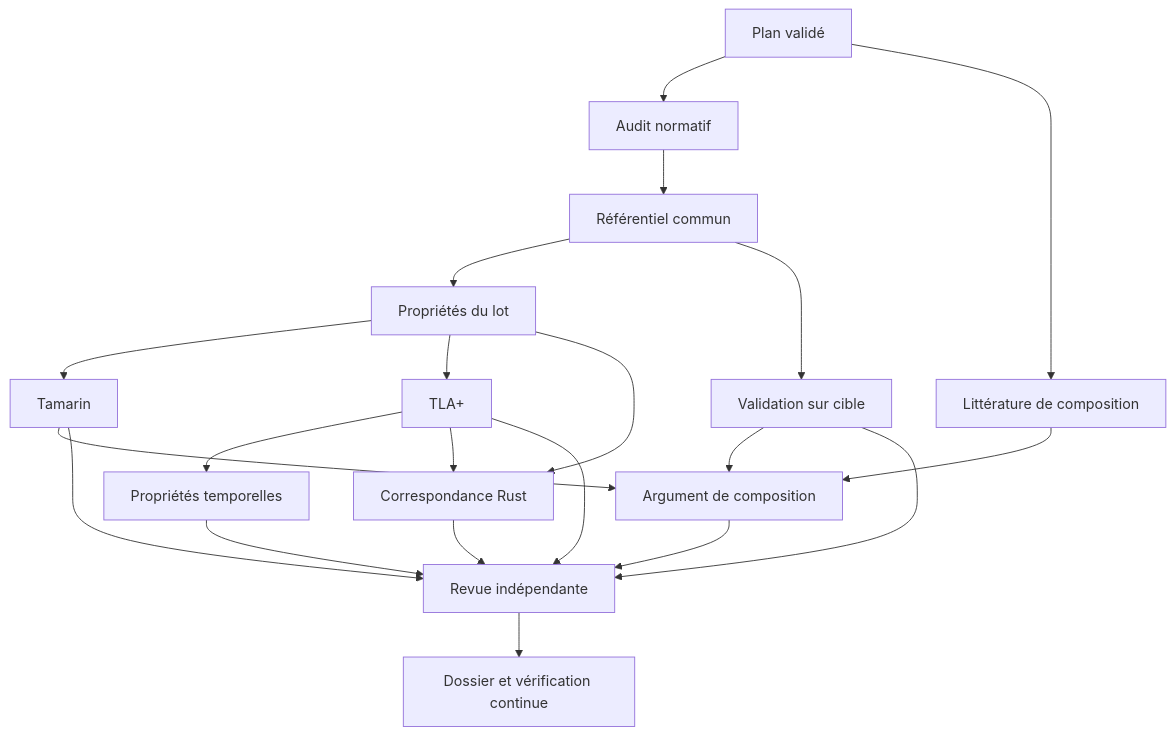
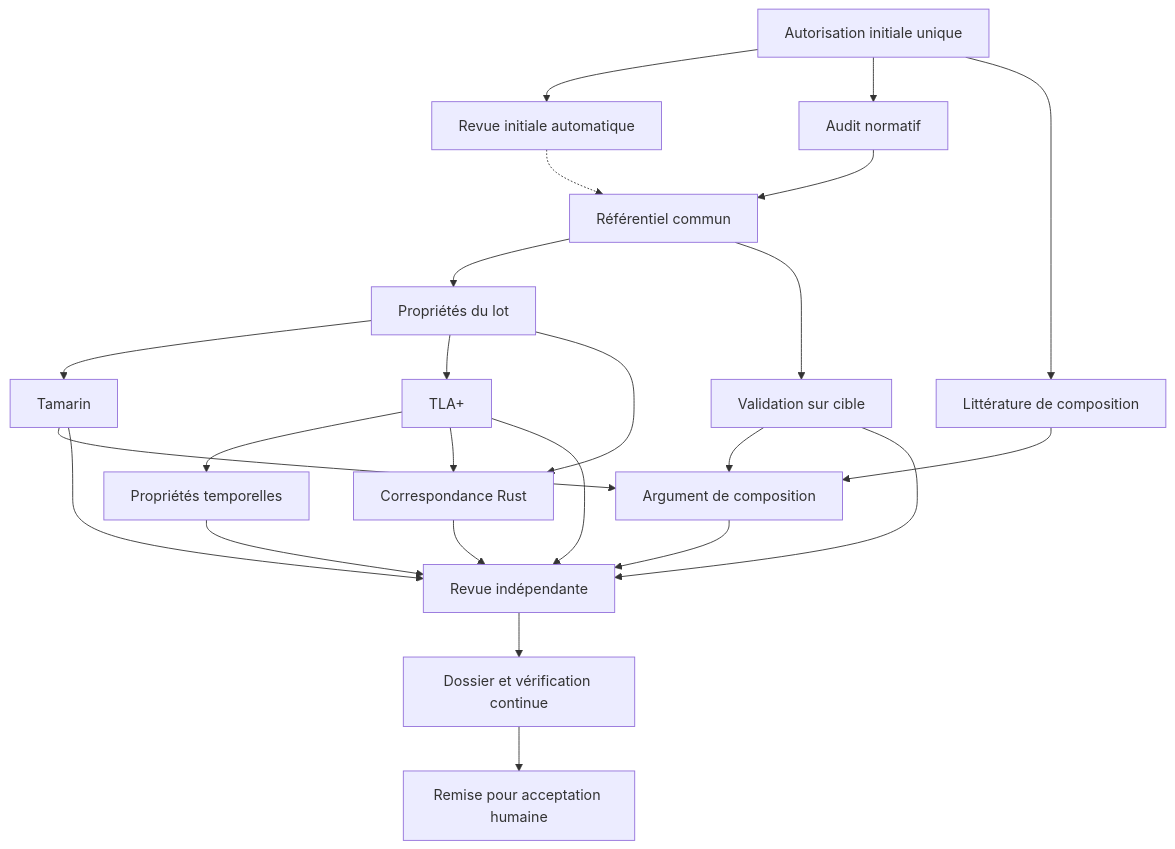
Before and after one commit to atxme/helios: the diagram in formal/MASTER-PLAN.md, drawn with Mermaid. The commit also changed other lines of this file and 8 other files, not shown here.

````diff
--- a/formal/MASTER-PLAN.md
+++ b/formal/MASTER-PLAN.md
@@ -79,23 +83,26 @@
 ```mermaid
 flowchart TD
-  GOV[Plan validé] --> AUD[Audit normatif]
+  GOV[Autorisation initiale unique] --> GOVREV[Revue initiale automatique]
+  GOV --> AUD[Audit normatif]
   GOV --> NOTES[Littérature de composition]
+  GOVREV -.-> SPEC
   AUD --> SPEC[Référentiel commun]
   SPEC --> PROP[Propriétés du lot]
   SPEC --> EXP[Validation sur cible]
   PROP --> TAM[Tamarin]
   PROP --> TLA[TLA+]
   PROP --> RUST[Correspondance Rust]
   TLA --> TIM[Propriétés temporelles]
   TLA --> RUST
   TAM --> CMP[Argument de composition]
   NOTES --> CMP
   EXP --> CMP
   TAM --> REV[Revue indépendante]
   TIM --> REV
   TLA --> REV
   CMP --> REV
   RUST --> REV
   EXP --> REV
   REV --> PKG[Dossier et vérification continue]
+  PKG --> FINAL[Remise pour acceptation humaine]
 ```
````
